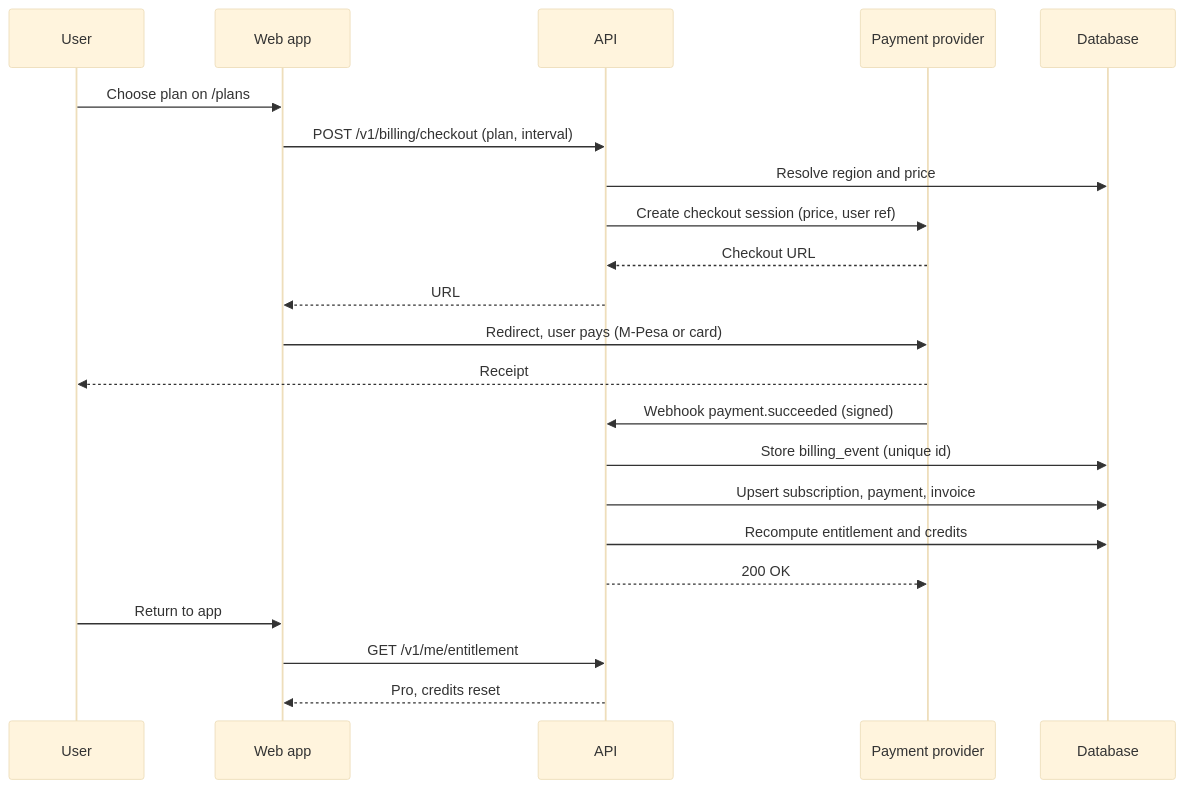
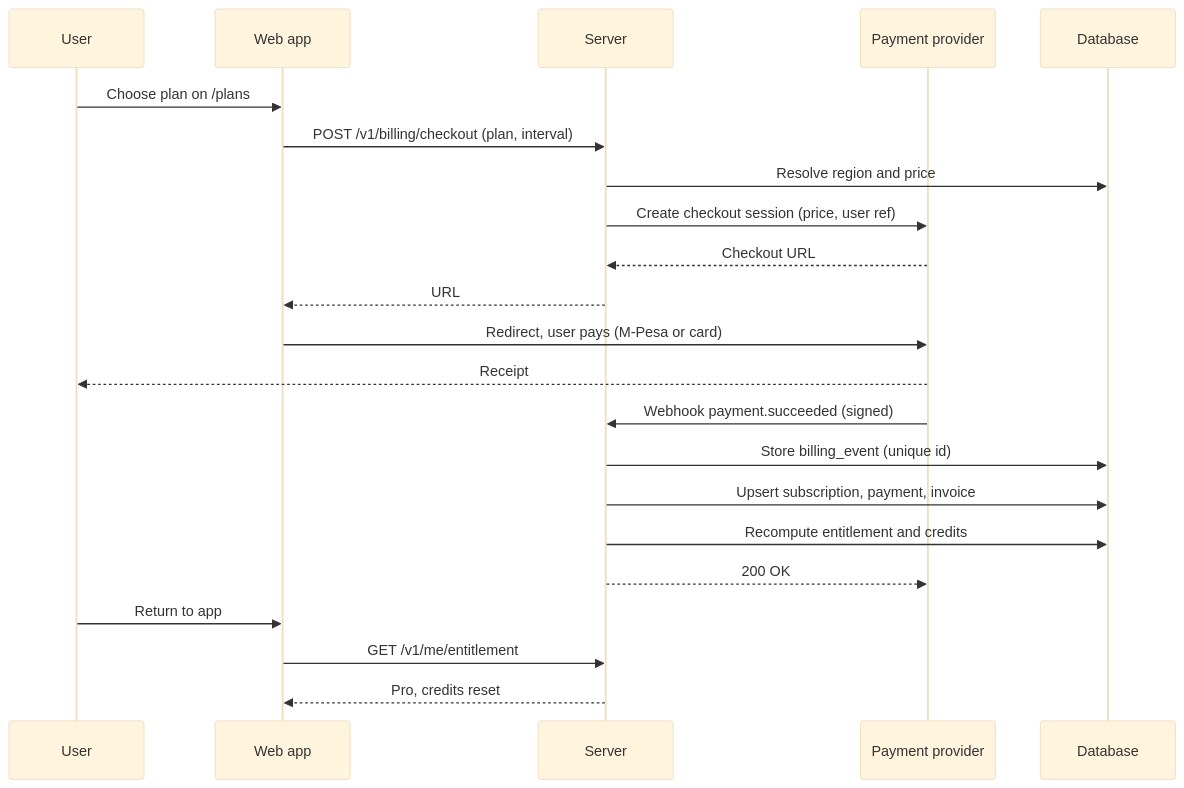
One commit to A7-studio/jobmigo changed the third of 4 diagrams in docs/technical-design.md. Above: the diagram before and after it, drawn with Mermaid (base theme). The commit also changed other lines of this file and 90 other files, not shown here.

````diff
--- a/docs/technical-design.md
+++ b/docs/technical-design.md
@@ -235,24 +228,24 @@
 ```mermaid
 sequenceDiagram
   participant U as User
   participant W as Web app
-  participant A as API
+  participant A as Server
   participant P as Payment provider
   participant D as Database
   U->>W: Choose plan on /plans
   W->>A: POST /v1/billing/checkout (plan, interval)
   A->>D: Resolve region and price
   A->>P: Create checkout session (price, user ref)
   P-->>A: Checkout URL
   A-->>W: URL
   W->>P: Redirect, user pays (M-Pesa or card)
   P-->>U: Receipt
   P->>A: Webhook payment.succeeded (signed)
   A->>D: Store billing_event (unique id)
   A->>D: Upsert subscription, payment, invoice
   A->>D: Recompute entitlement and credits
   A-->>P: 200 OK
   U->>W: Return to app
   W->>A: GET /v1/me/entitlement
   A-->>W: Pro, credits reset
 ```
````
